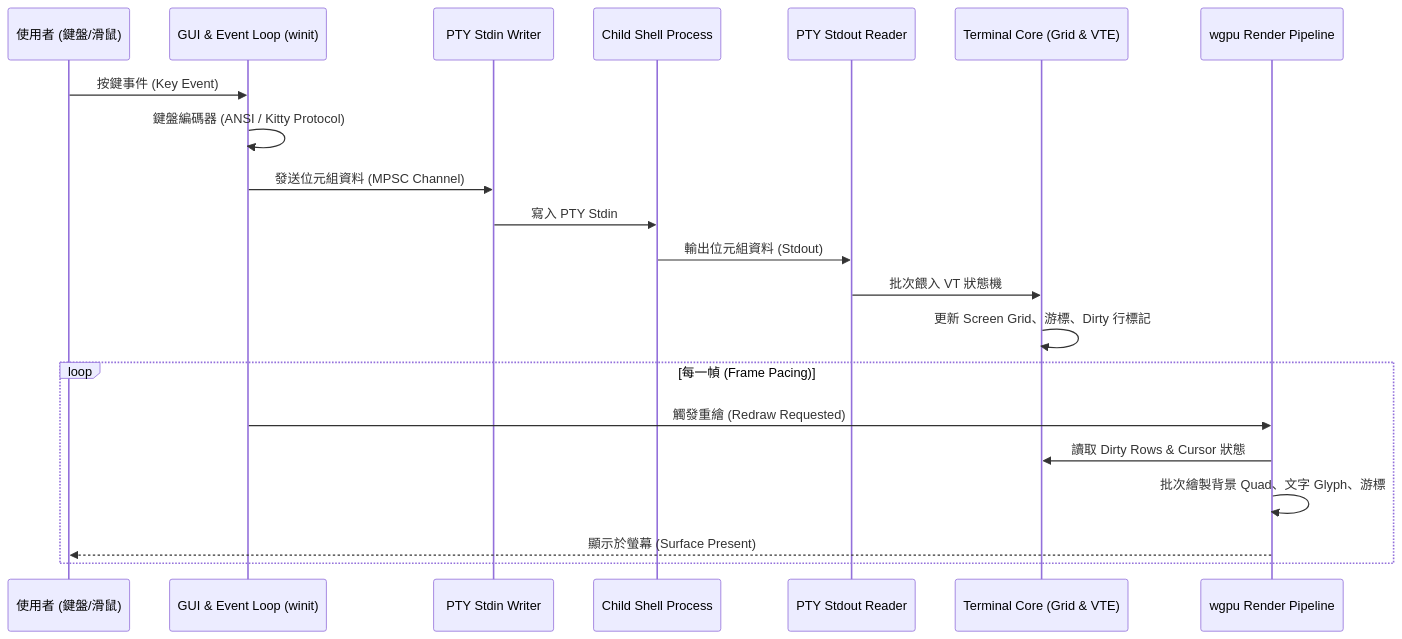
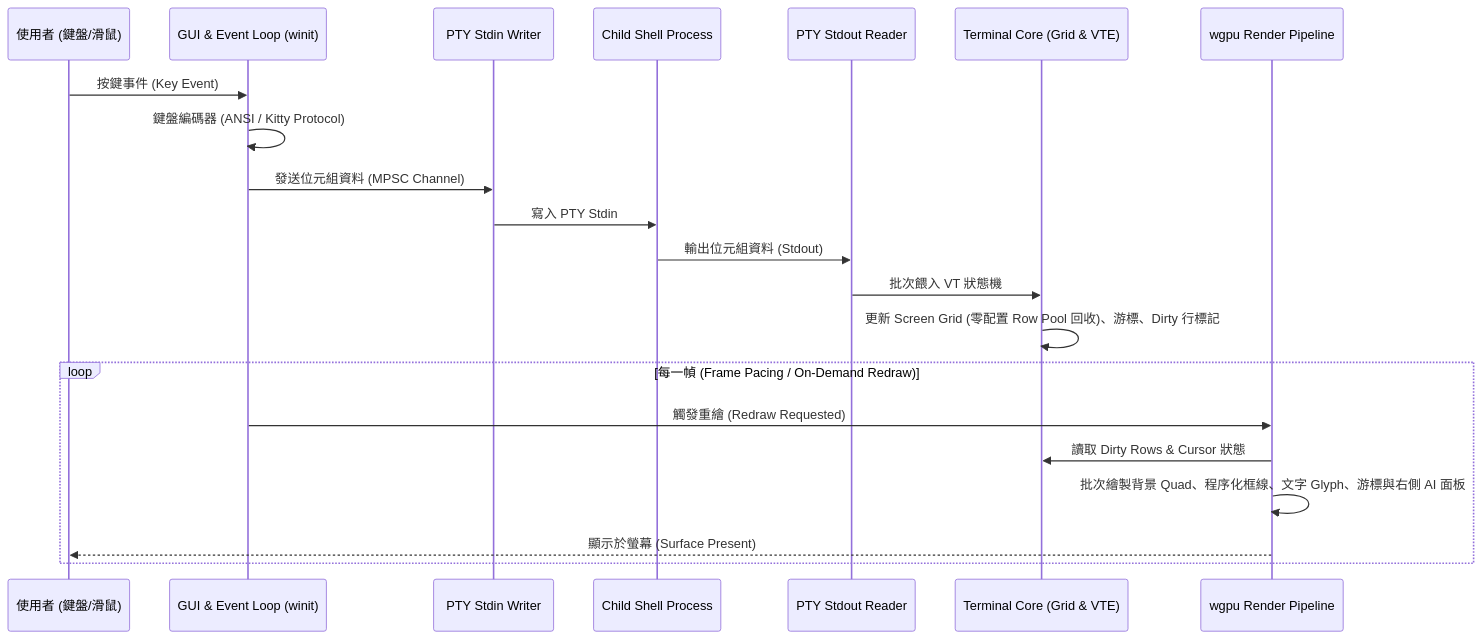
The diagram in docs/specs/00_architecture_overview.md (ericsk/skTerm), drawn with Mermaid before and after one commit. The commit also changed other lines of this file and 15 other files, not shown here.

````diff
--- a/docs/specs/00_architecture_overview.md
+++ b/docs/specs/00_architecture_overview.md
@@ -16,24 +16,24 @@
 ```mermaid
 sequenceDiagram
     participant User as 使用者 (鍵盤/滑鼠)
     participant UI as GUI & Event Loop (winit)
     participant PTY_W as PTY Stdin Writer
     participant Shell as Child Shell Process
     participant PTY_R as PTY Stdout Reader
     participant Core as Terminal Core (Grid & VTE)
     participant GPU as wgpu Render Pipeline
 
     User->>UI: 按鍵事件 (Key Event)
     UI->>UI: 鍵盤編碼器 (ANSI / Kitty Protocol)
     UI->>PTY_W: 發送位元組資料 (MPSC Channel)
     PTY_W->>Shell: 寫入 PTY Stdin
     Shell->>PTY_R: 輸出位元組資料 (Stdout)
     PTY_R->>Core: 批次餵入 VT 狀態機
-    Core->>Core: 更新 Screen Grid、游標、Dirty 行標記
-    loop 每一幀 (Frame Pacing)
+    Core->>Core: 更新 Screen Grid (零配置 Row Pool 回收)、游標、Dirty 行標記
+    loop 每一幀 (Frame Pacing / On-Demand Redraw)
         UI->>GPU: 觸發重繪 (Redraw Requested)
         GPU->>Core: 讀取 Dirty Rows & Cursor 狀態
-        GPU->>GPU: 批次繪製背景 Quad、文字 Glyph、游標
+        GPU->>GPU: 批次繪製背景 Quad、程序化框線、文字 Glyph、游標與右側 AI 面板
         GPU-->>User: 顯示於螢幕 (Surface Present)
     end
 ```
````
